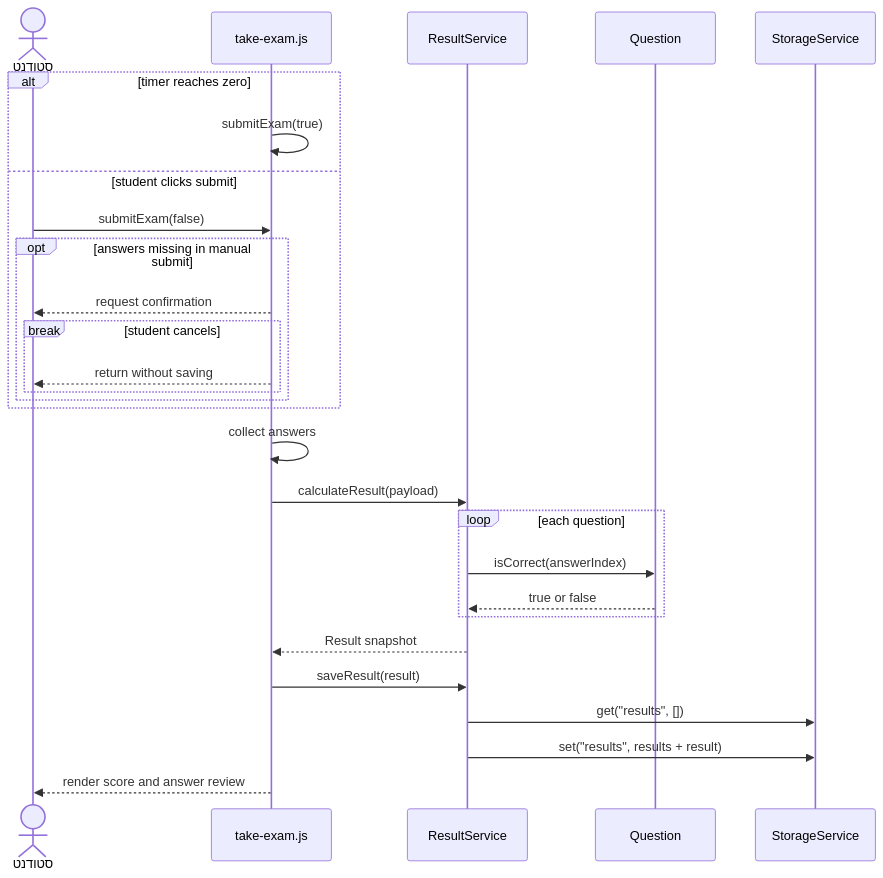
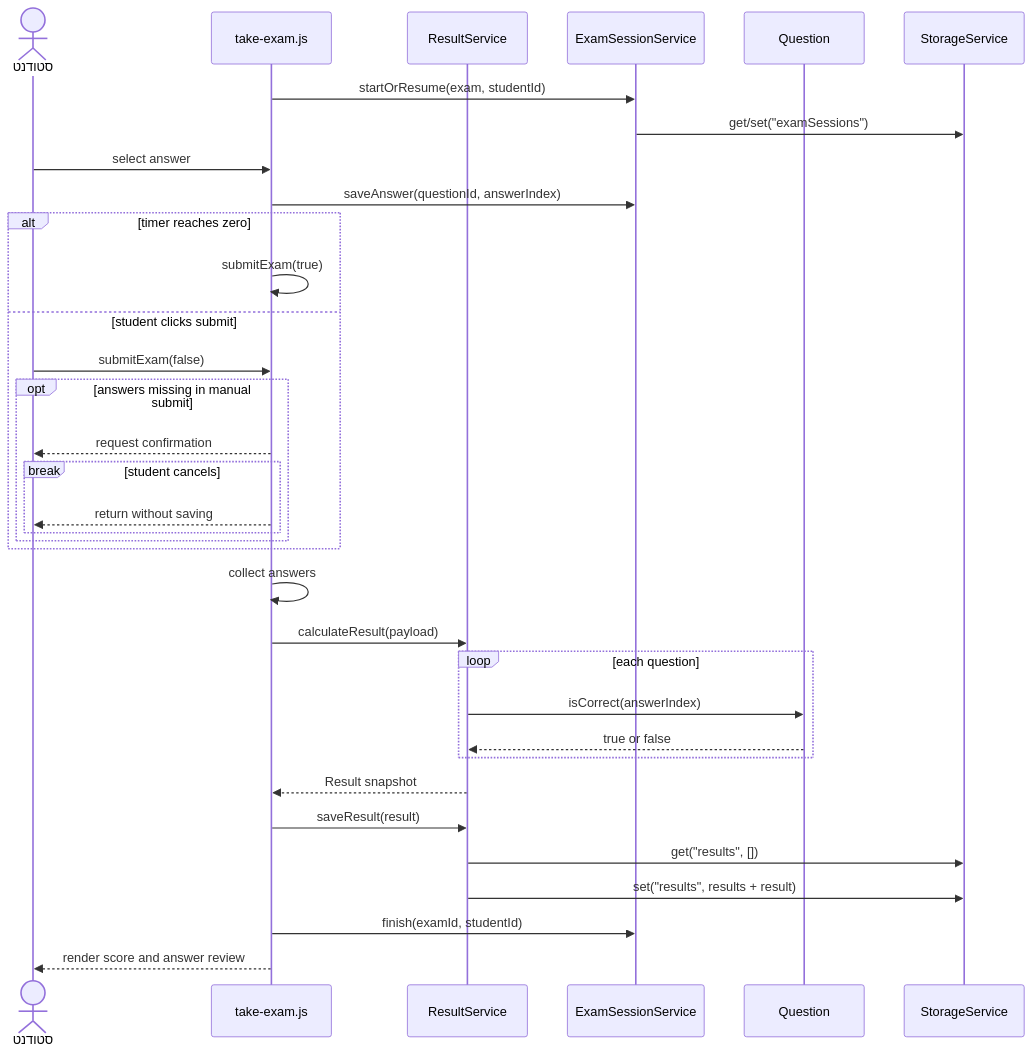
Before and after one commit to ebraheem222-tech/QuizProj: the tenth of 11 diagrams in TECHNICAL_DOCUMENT.md, drawn with Mermaid. The commit also changed other lines of this file and 2 other files, not shown here.

Commit message:
Document exam sessions and analytics

````diff
--- a/TECHNICAL_DOCUMENT.md
+++ b/TECHNICAL_DOCUMENT.md
@@ -518,31 +529,37 @@
 ```mermaid
 sequenceDiagram
   actor Student as סטודנט
   participant TakePage as take-exam.js
   participant Results as ResultService
+  participant Session as ExamSessionService
   participant QuestionModel as Question
   participant Storage as StorageService
 
+  TakePage->>Session: startOrResume(exam, studentId)
+  Session->>Storage: get/set("examSessions")
+  Student->>TakePage: select answer
+  TakePage->>Session: saveAnswer(questionId, answerIndex)
   alt timer reaches zero
     TakePage->>TakePage: submitExam(true)
   else student clicks submit
     Student->>TakePage: submitExam(false)
     opt answers missing in manual submit
       TakePage-->>Student: request confirmation
       break student cancels
         TakePage-->>Student: return without saving
       end
     end
   end
   TakePage->>TakePage: collect answers
   TakePage->>Results: calculateResult(payload)
   loop each question
     Results->>QuestionModel: isCorrect(answerIndex)
     QuestionModel-->>Results: true or false
   end
   Results-->>TakePage: Result snapshot
   TakePage->>Results: saveResult(result)
   Results->>Storage: get("results", [])
   Results->>Storage: set("results", results + result)
+  TakePage->>Session: finish(examId, studentId)
   TakePage-->>Student: render score and answer review
 ```
````
